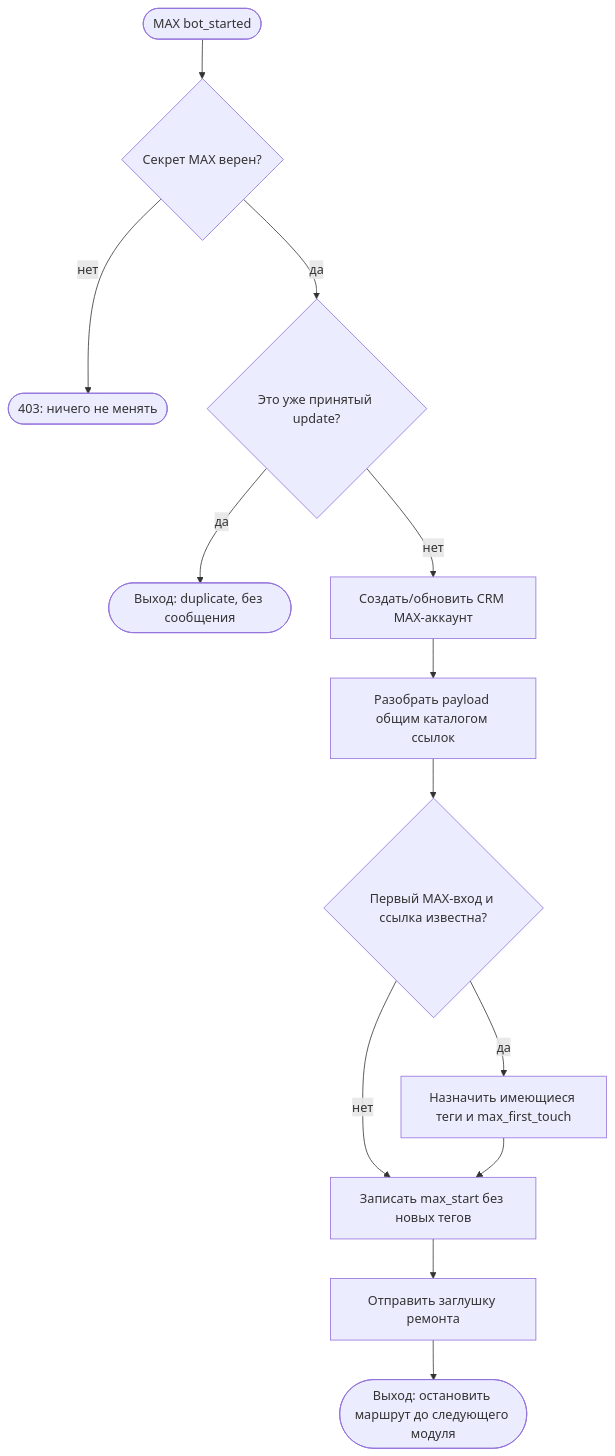
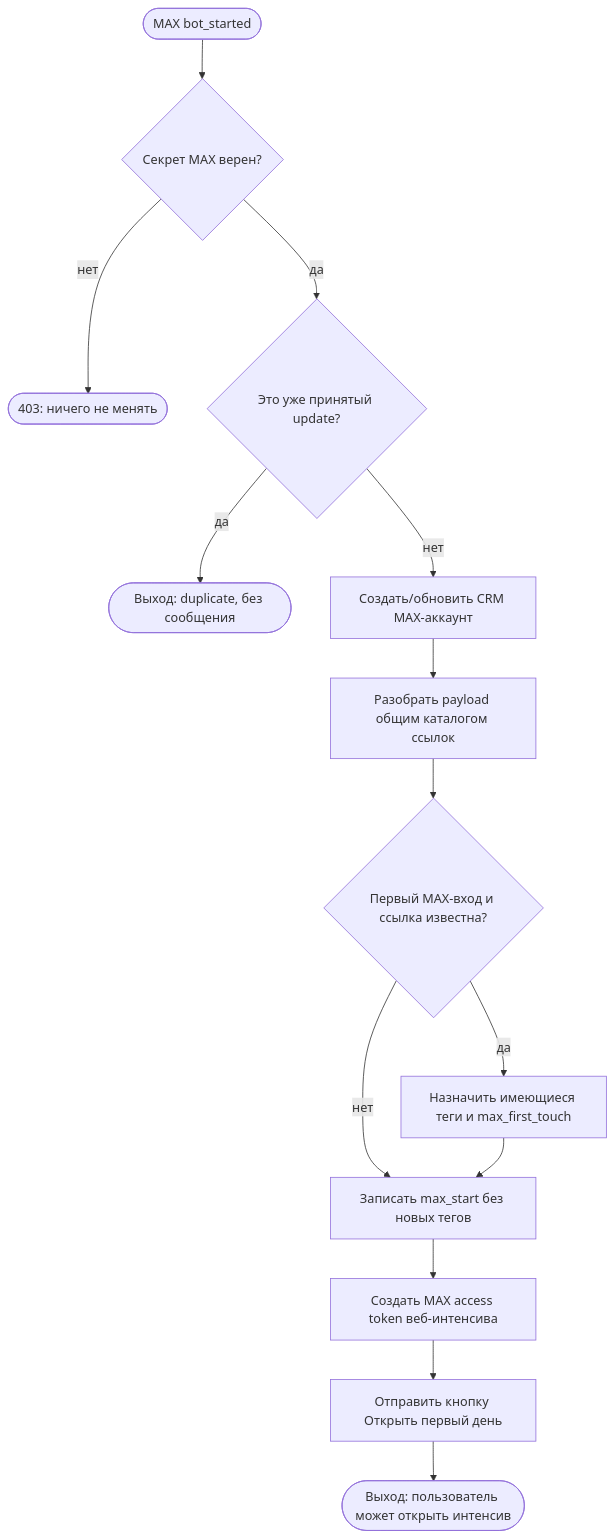
One commit to armagedongt/edabalans.ru changed the diagram in docs/knowledge-base/modules/max/START_AND_ATTRIBUTION.md. Above: the diagram before and after it, drawn with Mermaid. The commit also changed other lines of this file and 10 other files, not shown here.

````diff
--- a/docs/knowledge-base/modules/max/START_AND_ATTRIBUTION.md
+++ b/docs/knowledge-base/modules/max/START_AND_ATTRIBUTION.md
@@ -76,15 +85,16 @@
 ```mermaid
 flowchart TD
     A([MAX bot_started]) --> B{Секрет MAX верен?}
     B -- нет --> X([403: ничего не менять])
     B -- да --> C{Это уже принятый update?}
     C -- да --> D([Выход: duplicate, без сообщения])
     C -- нет --> E[Создать/обновить CRM MAX-аккаунт]
     E --> F[Разобрать payload общим каталогом ссылок]
     F --> G{Первый MAX-вход и ссылка известна?}
     G -- да --> H[Назначить имеющиеся теги и max_first_touch]
     G -- нет --> I[Записать max_start без новых тегов]
     H --> I
-    I --> J[Отправить заглушку ремонта]
-    J --> K([Выход: остановить маршрут до следующего модуля])
+    I --> J[Создать MAX access token веб-интенсива]
+    J --> K[Отправить кнопку Открыть первый день]
+    K --> L([Выход: пользователь может открыть интенсив])
 ```
````
